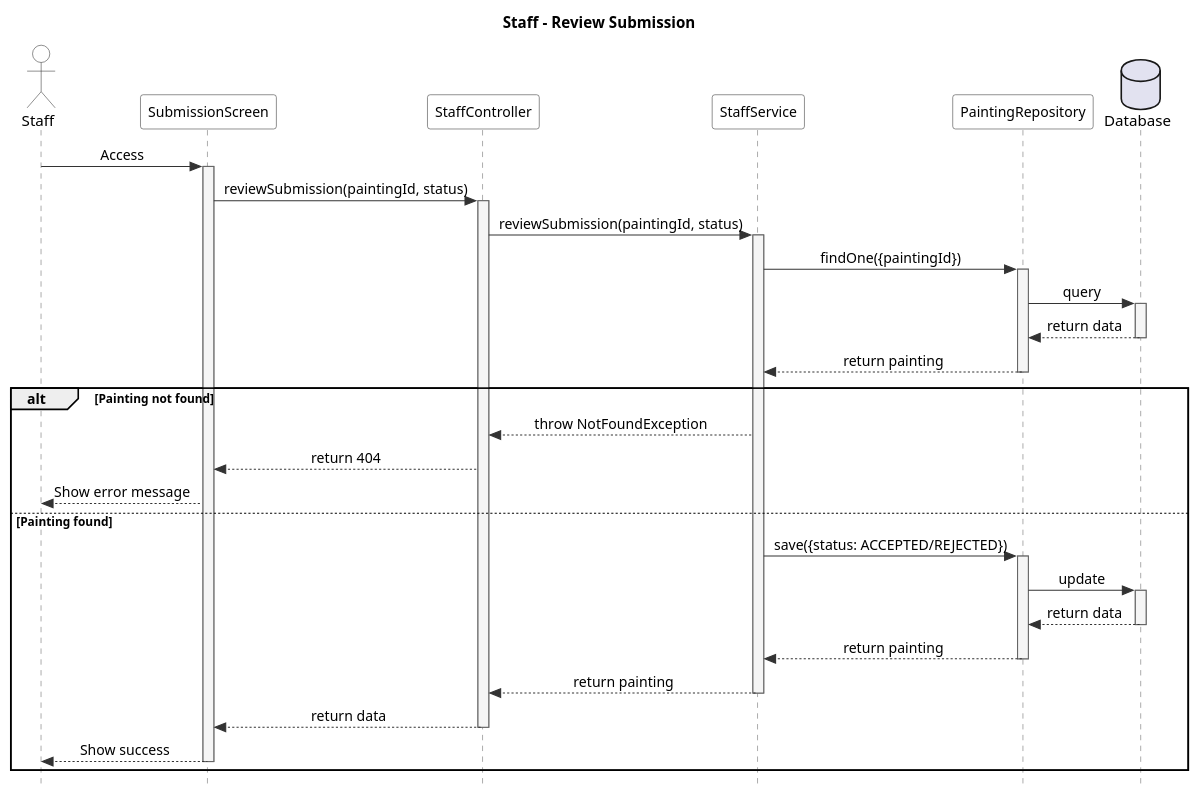
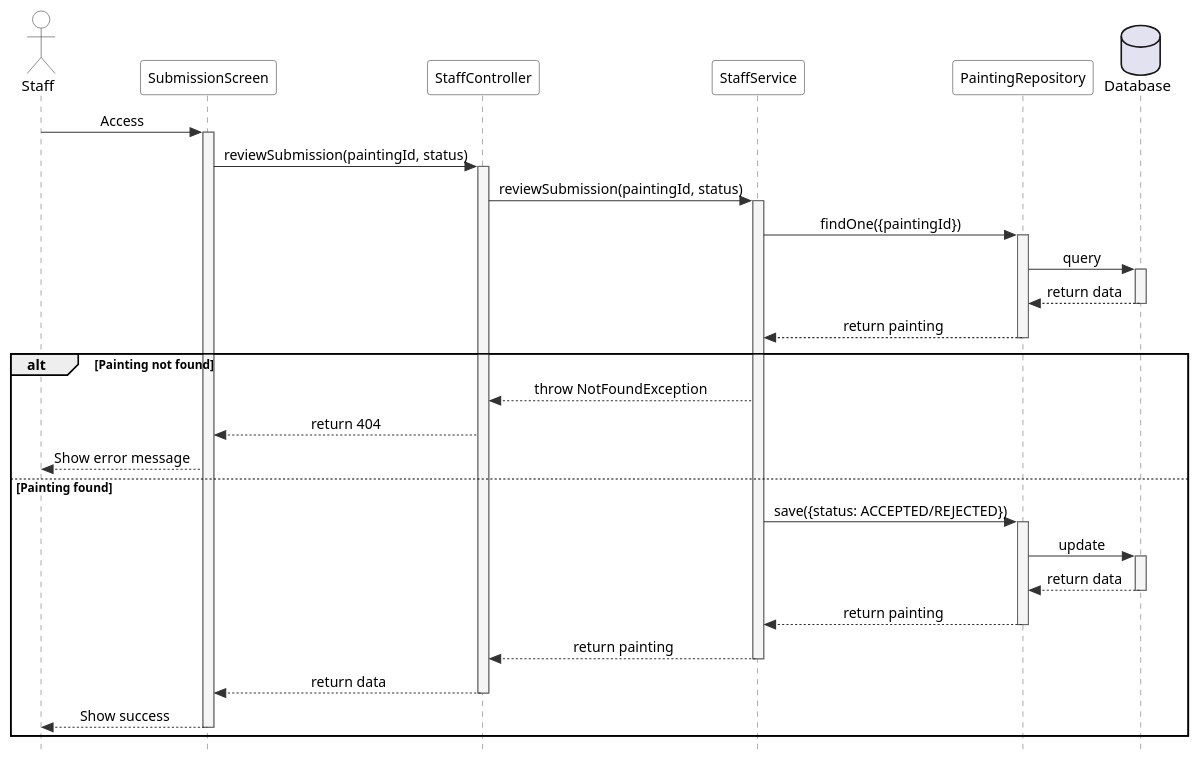
Before and after one commit to viethoang1520/artchain-server: the diagram in documents/painting/sequence-staff-review-submission.puml, drawn with PlantUML. The commit also changed 57 other files, not shown here.

```diff
--- a/documents/painting/sequence-staff-review-submission.puml
+++ b/documents/painting/sequence-staff-review-submission.puml
@@ -1,66 +1,64 @@
 @startuml Staff - Review Submission
 
 skinparam style strictuml
 skinparam backgroundColor White
 skinparam sequenceMessageAlign center
 skinparam sequence {
   ArrowColor #333333
   LifeLineBorderColor #666666
   LifeLineBackgroundColor #F5F5F5
   ParticipantBorderColor #333333
   ParticipantBackgroundColor #FFFFFF
   ParticipantFontSize 13
   ActorBorderColor #333333
   ActorBackgroundColor #FFFFFF
 }
-
-title Staff - Review Submission
 
 actor Staff
 participant "SubmissionScreen" as Screen
 participant "StaffController" as Controller
 participant "StaffService" as Service
 participant "PaintingRepository" as Repo
 database "Database" as DB
 
 Staff -> Screen : Access
 activate Screen
 
 Screen -> Controller : reviewSubmission(paintingId, status)
 activate Controller
 
 Controller -> Service : reviewSubmission(paintingId, status)
 activate Service
 
 Service -> Repo : findOne({paintingId})
 activate Repo
 Repo -> DB : query
 activate DB
 DB --> Repo : return data
 deactivate DB
 Repo --> Service : return painting
 deactivate Repo
 
 alt Painting not found
   Service --> Controller : throw NotFoundException
   Controller --> Screen : return 404
   Screen --> Staff : Show error message
 else Painting found
   Service -> Repo : save({status: ACCEPTED/REJECTED})
   activate Repo
   Repo -> DB : update
   activate DB
   DB --> Repo : return data
   deactivate DB
   Repo --> Service : return painting
   deactivate Repo
 
   Service --> Controller : return painting
   deactivate Service
   Controller --> Screen : return data
   deactivate Controller
   Screen --> Staff : Show success
   deactivate Screen
 end
 
 @enduml
```
